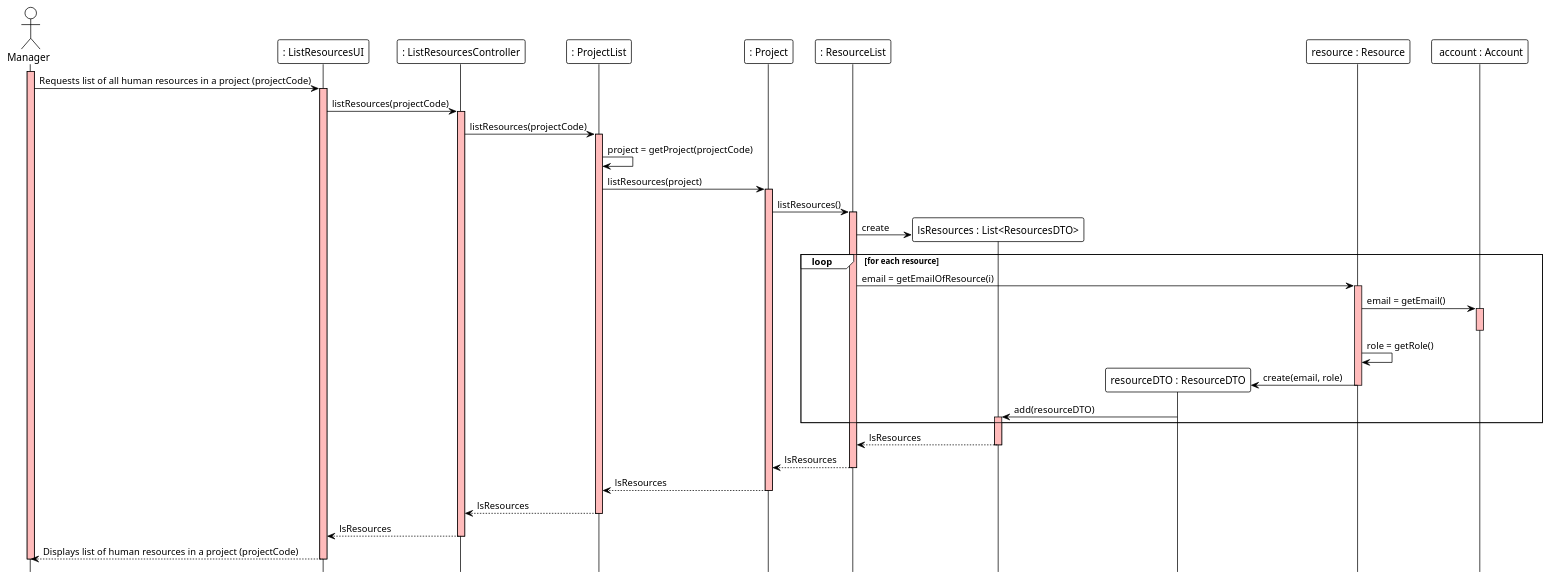
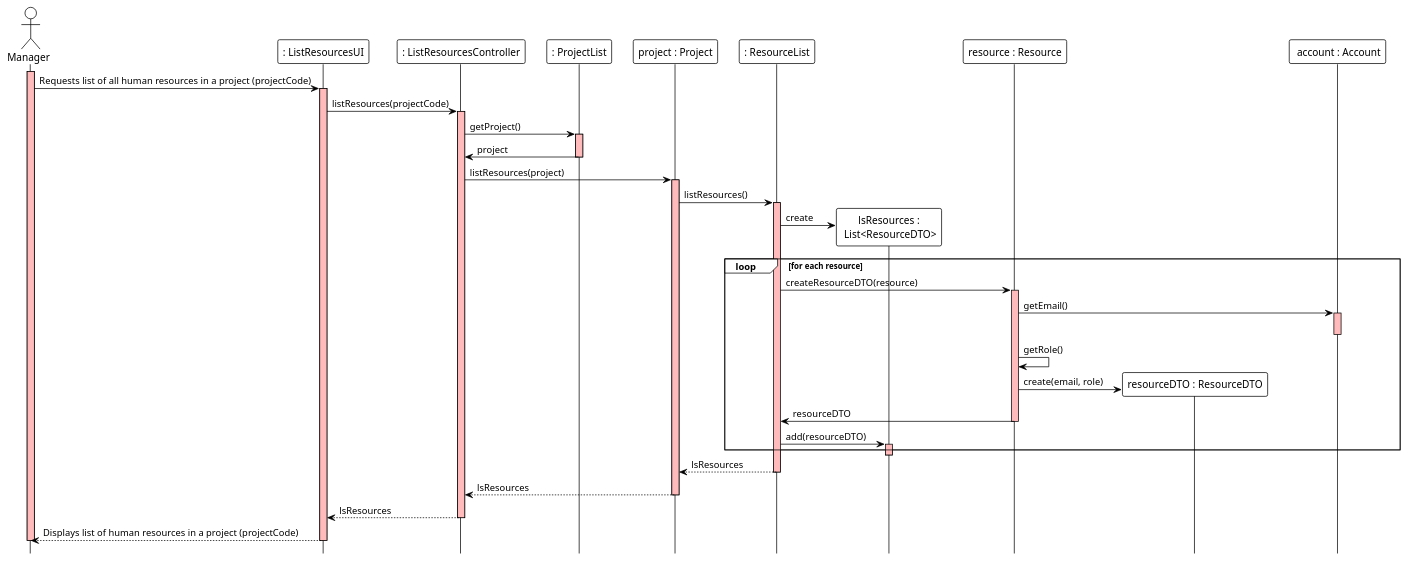
One commit to ivo-menezes/project_g3 changed the diagram in docs/modelling_design/user_stories/us014/US014_ListHumanResouresOfProjectSD.puml. Above: the diagram before and after it, drawn with PlantUML. The commit also changed 1 other file, not shown here.

```diff
--- a/docs/modelling_design/user_stories/us014/US014_ListHumanResouresOfProjectSD.puml
+++ b/docs/modelling_design/user_stories/us014/US014_ListHumanResouresOfProjectSD.puml
@@ -1,62 +1,62 @@
 @startuml
 !theme plain
 hide footbox
 
 actor Manager as Manager
 participant ": ListResourcesUI" as UI
 participant ": ListResourcesController" as Controller
 participant ": ProjectList" as ProjectList
-participant ": Project" as project
+participant "project : Project" as project
 participant ": ResourceList" as ResourceList
-participant "lsResources : List<ResourcesDTO>" as DTOList
+participant "lsResources :\n List<ResourceDTO>" as DTOList
+participant "resource : Resource" as Resource
 participant "resourceDTO : ResourceDTO" as DTO
-participant "resource : Resource" as Resource
 participant " account : Account" as account
 
 activate Manager #FFBBBB
 Manager ->  UI: Requests list of all human resources in a project (projectCode)
 
 activate UI #FFBBBB
 UI -> Controller: listResources(projectCode)
 
 activate Controller #FFBBBB
-Controller -> ProjectList: listResources(projectCode)
+Controller -> ProjectList: getProject()
+activate ProjectList #FFBBBB
+ProjectList -> Controller : project
+deactivate ProjectList
 
-activate ProjectList #FFBBBB
-ProjectList -> ProjectList : project = getProject(projectCode)
-ProjectList -> project : listResources(project)
+Controller -> project : listResources(project)
 activate project #FFBBBB
 project -> ResourceList : listResources()
 activate ResourceList #FFBBBB
 ResourceList -> DTOList ** : create
 
 loop for each resource
-ResourceList -> Resource : email = getEmailOfResource(i)
+ResourceList -> Resource : createResourceDTO(resource)
 activate Resource #FFBBBB
-Resource -> account : email = getEmail()
+Resource -> account : getEmail()
 activate account #FFBBBB
 deactivate account
-Resource -> Resource : role = getRole()
+Resource -> Resource : getRole()
 Resource -> DTO ** : create(email, role)
+Resource -> ResourceList : resourceDTO
 deactivate Resource
 
-DTO -> DTOList : add(resourceDTO)
+ResourceList -> DTOList : add(resourceDTO)
 activate DTOList #FFBBBB
 
 end
 
-DTOList --> ResourceList: lsResources
 deactivate DTOList
 ResourceList --> project : lsResources
 deactivate ResourceList
-project --> ProjectList : lsResources
+project --> Controller : lsResources
 deactivate project
-ProjectList --> Controller : lsResources
-deactivate ProjectList
+
 Controller --> UI : lsResources
 deactivate Controller
 
 UI --> Manager: Displays list of human resources in a project (projectCode)
 deactivate UI
 deactivate Manager #FFBBBB
 @enduml
```
